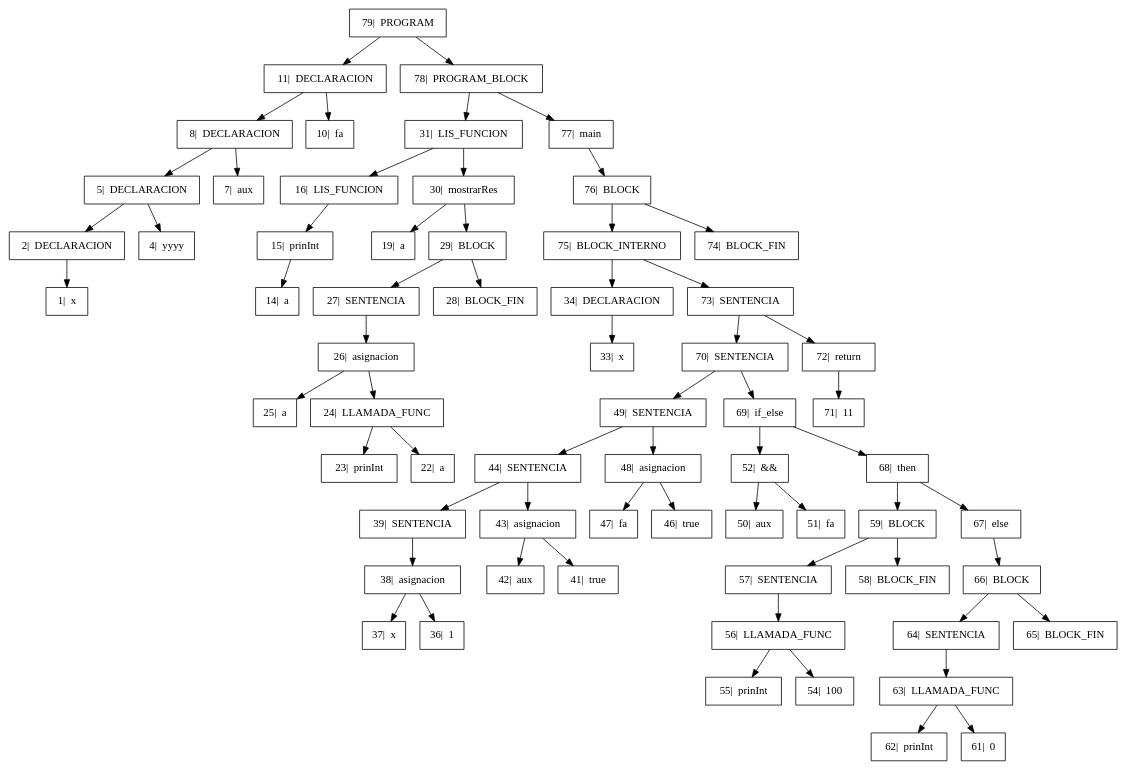
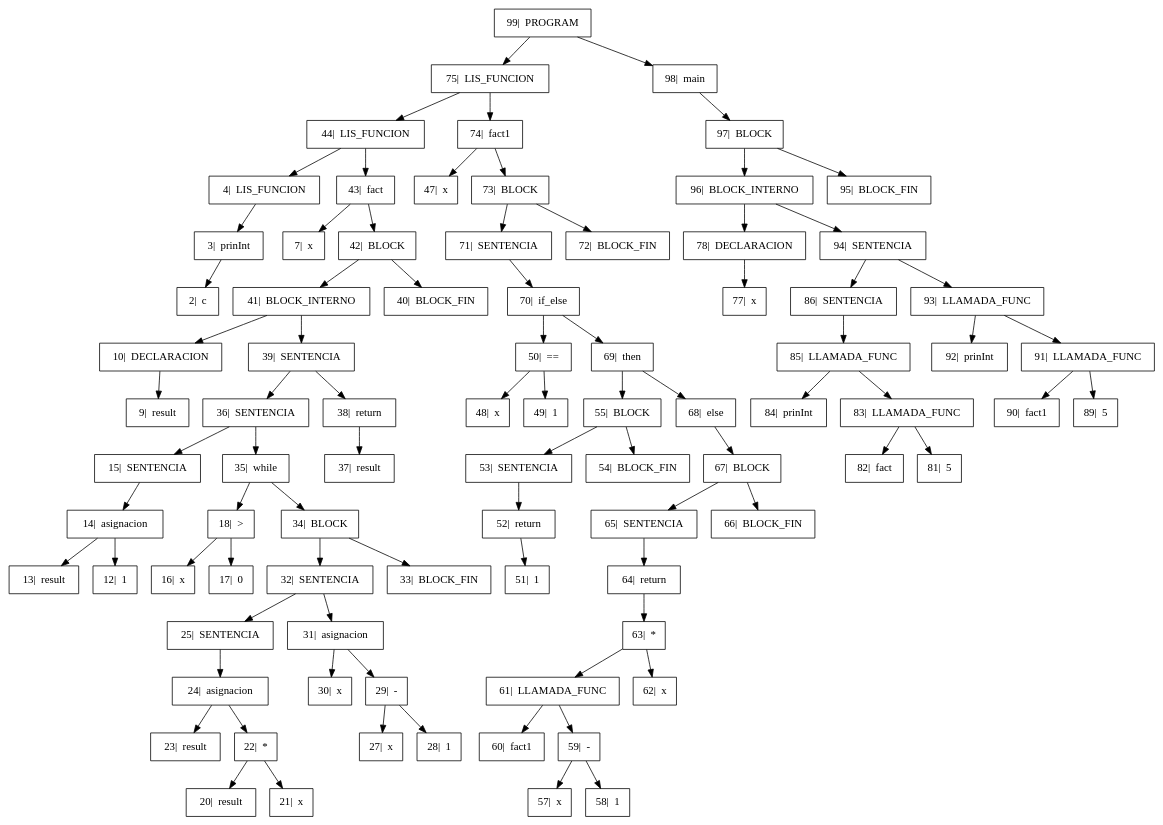
The diagram in Proyecto/output/Arbol.dot (GiovA07/PRE-PROYECTO-COMPILADORES), drawn with Graphviz before and after one commit. The commit also changed 10 other files, not shown here.

```diff
--- a/Proyecto/output/Arbol.dot
+++ b/Proyecto/output/Arbol.dot
@@ -1,43 +1,55 @@
 digraph{
 
 rankdir=TB;
 
 node[shape=box];
-"79|  PROGRAM" -> "11|  DECLARACION", "78|  PROGRAM_BLOCK";
-"11|  DECLARACION" -> "8|  DECLARACION", "10|  fa";
-"8|  DECLARACION" -> "5|  DECLARACION", "7|  aux";
-"5|  DECLARACION" -> "2|  DECLARACION", "4|  yyyy";
-"2|  DECLARACION" -> "1|  x" ;
-"78|  PROGRAM_BLOCK" -> "31|  LIS_FUNCION", "77|  main";
-"31|  LIS_FUNCION" -> "16|  LIS_FUNCION", "30|  mostrarRes";
-"16|  LIS_FUNCION" -> "15|  prinInt" ;
-"15|  prinInt" -> "14|  a" ;
-"30|  mostrarRes" -> "19|  a", "29|  BLOCK";
-"29|  BLOCK" -> "27|  SENTENCIA", "28|  BLOCK_FIN";
-"27|  SENTENCIA" -> "26|  asignacion" ;
-"26|  asignacion" -> "25|  a", "24|  LLAMADA_FUNC";
-"24|  LLAMADA_FUNC" -> "23|  prinInt", "22|  a";
-"77|  main" -> "76|  BLOCK" ;
-"76|  BLOCK" -> "75|  BLOCK_INTERNO", "74|  BLOCK_FIN";
-"75|  BLOCK_INTERNO" -> "34|  DECLARACION", "73|  SENTENCIA";
-"34|  DECLARACION" -> "33|  x" ;
-"73|  SENTENCIA" -> "70|  SENTENCIA", "72|  return";
-"70|  SENTENCIA" -> "49|  SENTENCIA", "69|  if_else";
-"49|  SENTENCIA" -> "44|  SENTENCIA", "48|  asignacion";
-"44|  SENTENCIA" -> "39|  SENTENCIA", "43|  asignacion";
-"39|  SENTENCIA" -> "38|  asignacion" ;
-"38|  asignacion" -> "37|  x", "36|  1";
-"43|  asignacion" -> "42|  aux", "41|  true";
-"48|  asignacion" -> "47|  fa", "46|  true";
-"69|  if_else" -> "52|  &&", "68|  then";
-"52|  &&" -> "50|  aux", "51|  fa";
-"68|  then" -> "59|  BLOCK", "67|  else";
-"59|  BLOCK" -> "57|  SENTENCIA", "58|  BLOCK_FIN";
-"57|  SENTENCIA" -> "56|  LLAMADA_FUNC" ;
-"56|  LLAMADA_FUNC" -> "55|  prinInt", "54|  100";
-"67|  else" -> "66|  BLOCK" ;
-"66|  BLOCK" -> "64|  SENTENCIA", "65|  BLOCK_FIN";
-"64|  SENTENCIA" -> "63|  LLAMADA_FUNC" ;
-"63|  LLAMADA_FUNC" -> "62|  prinInt", "61|  0";
-"72|  return" -> "71|  11" ;
+"99|  PROGRAM" -> "75|  LIS_FUNCION", "98|  main";
+"75|  LIS_FUNCION" -> "44|  LIS_FUNCION", "74|  fact1";
+"44|  LIS_FUNCION" -> "4|  LIS_FUNCION", "43|  fact";
+"4|  LIS_FUNCION" -> "3|  prinInt" ;
+"3|  prinInt" -> "2|  c" ;
+"43|  fact" -> "7|  x", "42|  BLOCK";
+"42|  BLOCK" -> "41|  BLOCK_INTERNO", "40|  BLOCK_FIN";
+"41|  BLOCK_INTERNO" -> "10|  DECLARACION", "39|  SENTENCIA";
+"10|  DECLARACION" -> "9|  result" ;
+"39|  SENTENCIA" -> "36|  SENTENCIA", "38|  return";
+"36|  SENTENCIA" -> "15|  SENTENCIA", "35|  while";
+"15|  SENTENCIA" -> "14|  asignacion" ;
+"14|  asignacion" -> "13|  result", "12|  1";
+"35|  while" -> "18|  >", "34|  BLOCK";
+"18|  >" -> "16|  x", "17|  0";
+"34|  BLOCK" -> "32|  SENTENCIA", "33|  BLOCK_FIN";
+"32|  SENTENCIA" -> "25|  SENTENCIA", "31|  asignacion";
+"25|  SENTENCIA" -> "24|  asignacion" ;
+"24|  asignacion" -> "23|  result", "22|  *";
+"22|  *" -> "20|  result", "21|  x";
+"31|  asignacion" -> "30|  x", "29|  -";
+"29|  -" -> "27|  x", "28|  1";
+"38|  return" -> "37|  result" ;
+"74|  fact1" -> "47|  x", "73|  BLOCK";
+"73|  BLOCK" -> "71|  SENTENCIA", "72|  BLOCK_FIN";
+"71|  SENTENCIA" -> "70|  if_else" ;
+"70|  if_else" -> "50|  ==", "69|  then";
+"50|  ==" -> "48|  x", "49|  1";
+"69|  then" -> "55|  BLOCK", "68|  else";
+"55|  BLOCK" -> "53|  SENTENCIA", "54|  BLOCK_FIN";
+"53|  SENTENCIA" -> "52|  return" ;
+"52|  return" -> "51|  1" ;
+"68|  else" -> "67|  BLOCK" ;
+"67|  BLOCK" -> "65|  SENTENCIA", "66|  BLOCK_FIN";
+"65|  SENTENCIA" -> "64|  return" ;
+"64|  return" -> "63|  *" ;
+"63|  *" -> "61|  LLAMADA_FUNC", "62|  x";
+"61|  LLAMADA_FUNC" -> "60|  fact1", "59|  -";
+"59|  -" -> "57|  x", "58|  1";
+"98|  main" -> "97|  BLOCK" ;
+"97|  BLOCK" -> "96|  BLOCK_INTERNO", "95|  BLOCK_FIN";
+"96|  BLOCK_INTERNO" -> "78|  DECLARACION", "94|  SENTENCIA";
+"78|  DECLARACION" -> "77|  x" ;
+"94|  SENTENCIA" -> "86|  SENTENCIA", "93|  LLAMADA_FUNC";
+"86|  SENTENCIA" -> "85|  LLAMADA_FUNC" ;
+"85|  LLAMADA_FUNC" -> "84|  prinInt", "83|  LLAMADA_FUNC";
+"83|  LLAMADA_FUNC" -> "82|  fact", "81|  5";
+"93|  LLAMADA_FUNC" -> "92|  prinInt", "91|  LLAMADA_FUNC";
+"91|  LLAMADA_FUNC" -> "90|  fact1", "89|  5";
 }
```
